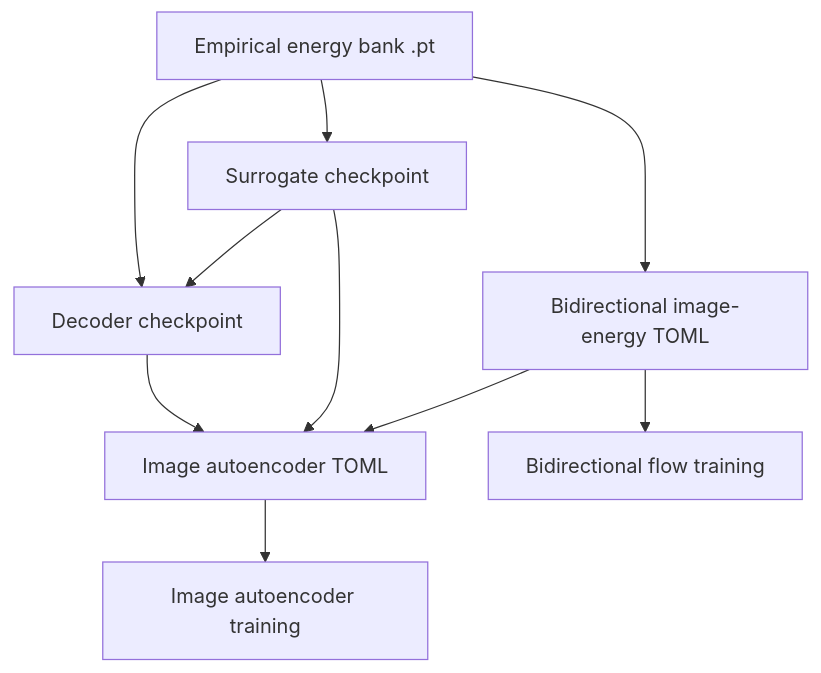
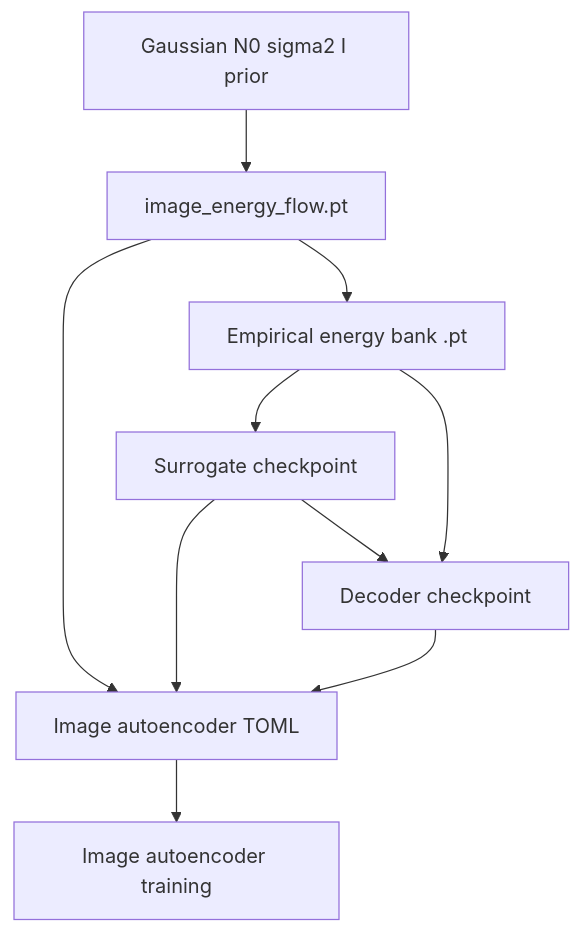
One commit to matovitch/lpap changed the third of 5 diagrams in doc/training-stack.md. Above: the diagram before and after it, drawn with Mermaid. The commit also changed other lines of this file and 34 other files, not shown here.

First line of the commit message:
Replace harmonics/bank flow prior with Gaussian N(0, σ²I).

````diff
--- a/doc/training-stack.md
+++ b/doc/training-stack.md
@@ -66,18 +66,19 @@
 ```mermaid
 flowchart TD
+    gaussian[Gaussian N0 sigma2 I prior]
+    flow_ckpt[image_energy_flow.pt]
     energy_bank[Empirical energy bank .pt]
     surrogate_ckpt[Surrogate checkpoint]
     decoder_ckpt[Decoder checkpoint]
-    image_energy_flow_config[Bidirectional image-energy TOML]
     image_autoencoder_config[Image autoencoder TOML]
 
+    gaussian --> flow_ckpt
+    flow_ckpt --> energy_bank
     energy_bank --> surrogate_ckpt
     surrogate_ckpt --> decoder_ckpt
     energy_bank --> decoder_ckpt
-    energy_bank --> image_energy_flow_config
-    image_energy_flow_config --> image_energy_flow[Bidirectional flow training]
-    image_energy_flow_config --> image_autoencoder_config
+    flow_ckpt --> image_autoencoder_config
     surrogate_ckpt --> image_autoencoder_config
     decoder_ckpt --> image_autoencoder_config
     image_autoencoder_config --> image_autoencoder[Image autoencoder training]
 ```
````
